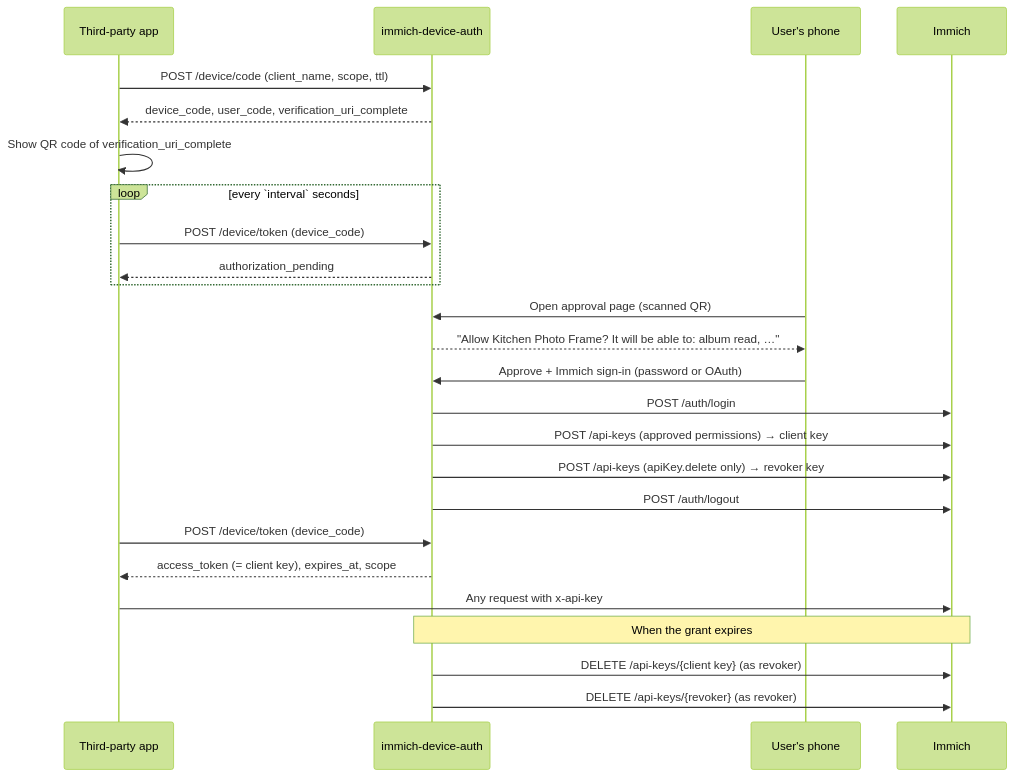
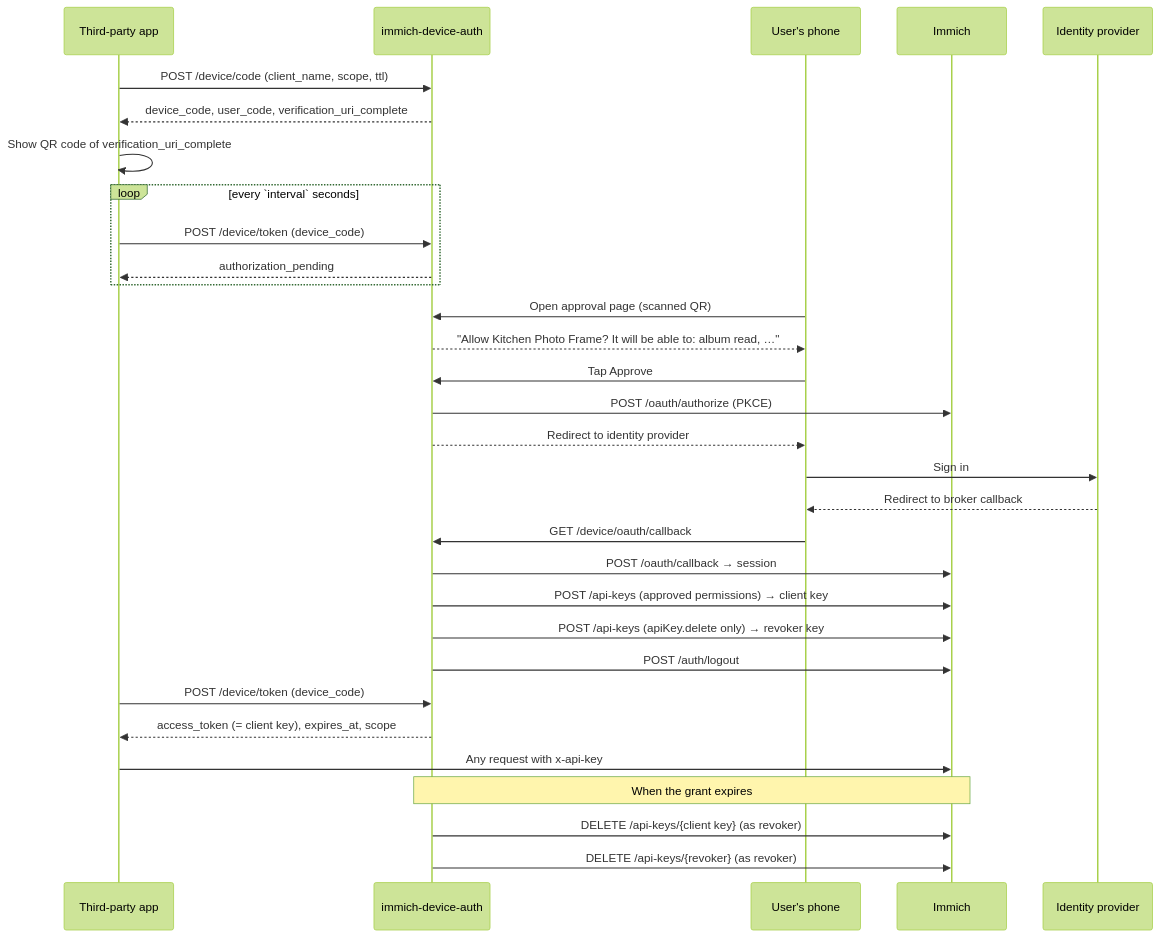
One commit to PedDavid/immich-device-auth changed the diagram in README.md. Above: the diagram before and after it, drawn with Mermaid (forest theme). The commit also changed other lines of this file and 10 other files, not shown here.

First line of the commit message:
Approve through Immich's OAuth sign-in only

````diff
--- a/README.md
+++ b/README.md
@@ -21,28 +25,34 @@
 ```mermaid
 sequenceDiagram
   participant App as Third-party app
   participant Broker as immich-device-auth
   participant Phone as User's phone
   participant Immich
+  participant IdP as Identity provider
 
   App->>Broker: POST /device/code (client_name, scope, ttl)
   Broker-->>App: device_code, user_code, verification_uri_complete
   App->>App: Show QR code of verification_uri_complete
   loop every `interval` seconds
     App->>Broker: POST /device/token (device_code)
     Broker-->>App: authorization_pending
   end
   Phone->>Broker: Open approval page (scanned QR)
   Broker-->>Phone: "Allow Kitchen Photo Frame? It will be able to: album read, …"
-  Phone->>Broker: Approve + Immich sign-in (password or OAuth)
-  Broker->>Immich: POST /auth/login
+  Phone->>Broker: Tap Approve
+  Broker->>Immich: POST /oauth/authorize (PKCE)
+  Broker-->>Phone: Redirect to identity provider
+  Phone->>IdP: Sign in
+  IdP-->>Phone: Redirect to broker callback
+  Phone->>Broker: GET /device/oauth/callback
+  Broker->>Immich: POST /oauth/callback → session
   Broker->>Immich: POST /api-keys (approved permissions) → client key
   Broker->>Immich: POST /api-keys (apiKey.delete only) → revoker key
   Broker->>Immich: POST /auth/logout
   App->>Broker: POST /device/token (device_code)
   Broker-->>App: access_token (= client key), expires_at, scope
   App->>Immich: Any request with x-api-key
   Note over Broker,Immich: When the grant expires
   Broker->>Immich: DELETE /api-keys/{client key} (as revoker)
   Broker->>Immich: DELETE /api-keys/{revoker} (as revoker)
 ```
````
